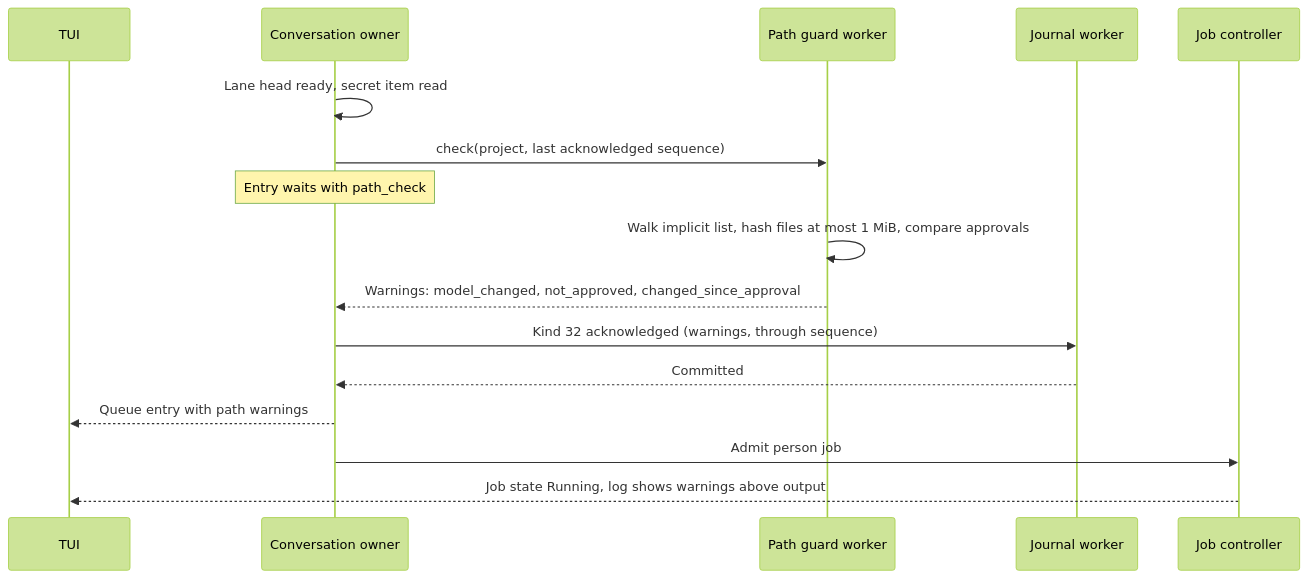
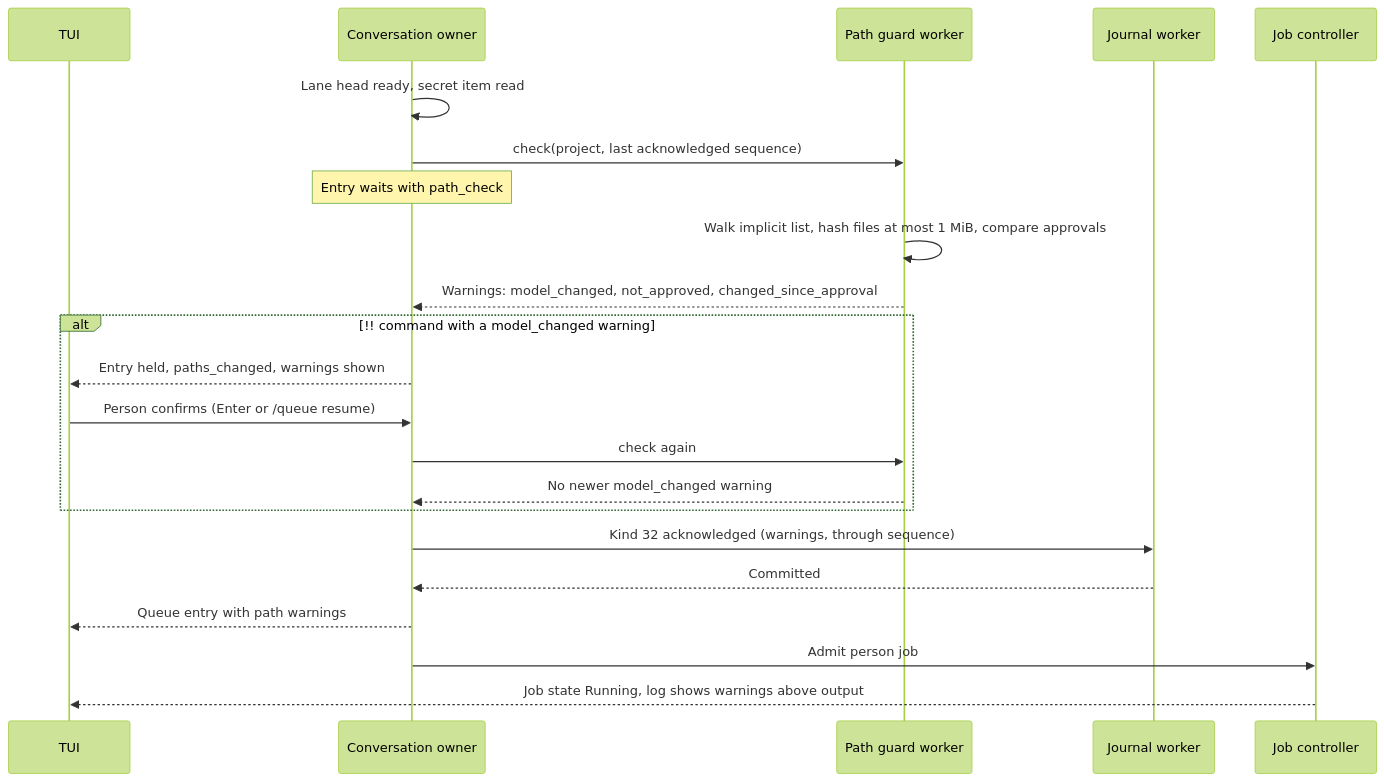
The second of 4 diagrams in docs/designs/execution-path-guard.md (pidster/asura), drawn with Mermaid (forest theme) before and after one commit. The commit also changed other lines of this file and 1 other file, not shown here.

First line of the commit message:
Hold a !! command with a build or test path change until confirmed

````diff
--- a/docs/designs/execution-path-guard.md
+++ b/docs/designs/execution-path-guard.md
@@ -240,18 +254,24 @@
 ```mermaid
 sequenceDiagram
     participant T as TUI
     participant O as Conversation owner
     participant W as Path guard worker
     participant J as Journal worker
     participant K as Job controller
     O->>O: Lane head ready, secret item read
     O->>W: check(project, last acknowledged sequence)
     Note over O: Entry waits with path_check
     W->>W: Walk implicit list, hash files at most 1 MiB, compare approvals
     W-->>O: Warnings: model_changed, not_approved, changed_since_approval
+    alt !! command with a model_changed warning
+        O-->>T: Entry held, paths_changed, warnings shown
+        T->>O: Person confirms (Enter or /queue resume)
+        O->>W: check again
+        W-->>O: No newer model_changed warning
+    end
     O->>J: Kind 32 acknowledged (warnings, through sequence)
     J-->>O: Committed
     O-->>T: Queue entry with path warnings
     O->>K: Admit person job
     K-->>T: Job state Running, log shows warnings above output
 ```
````
